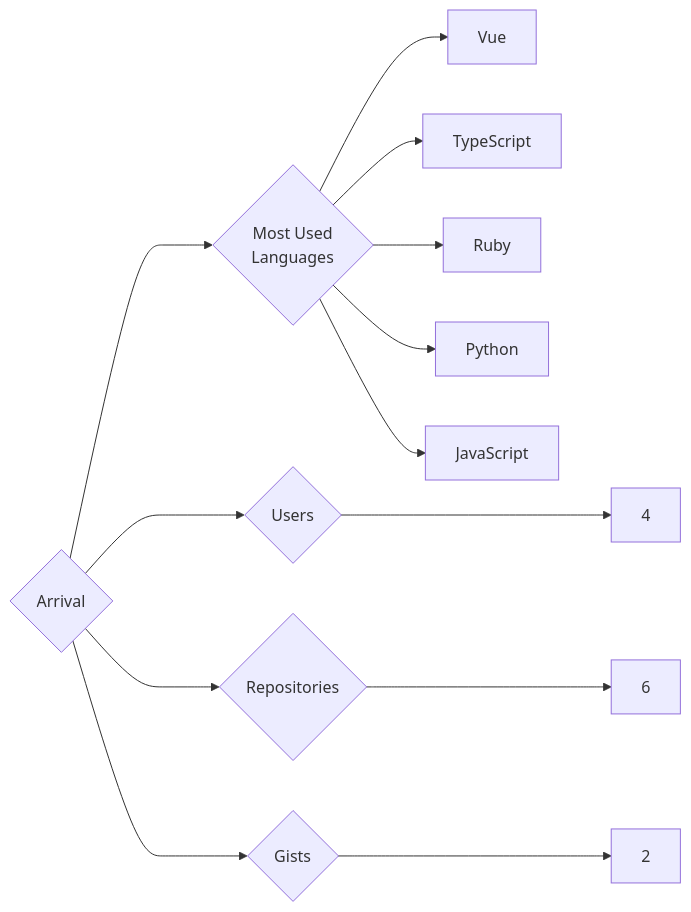
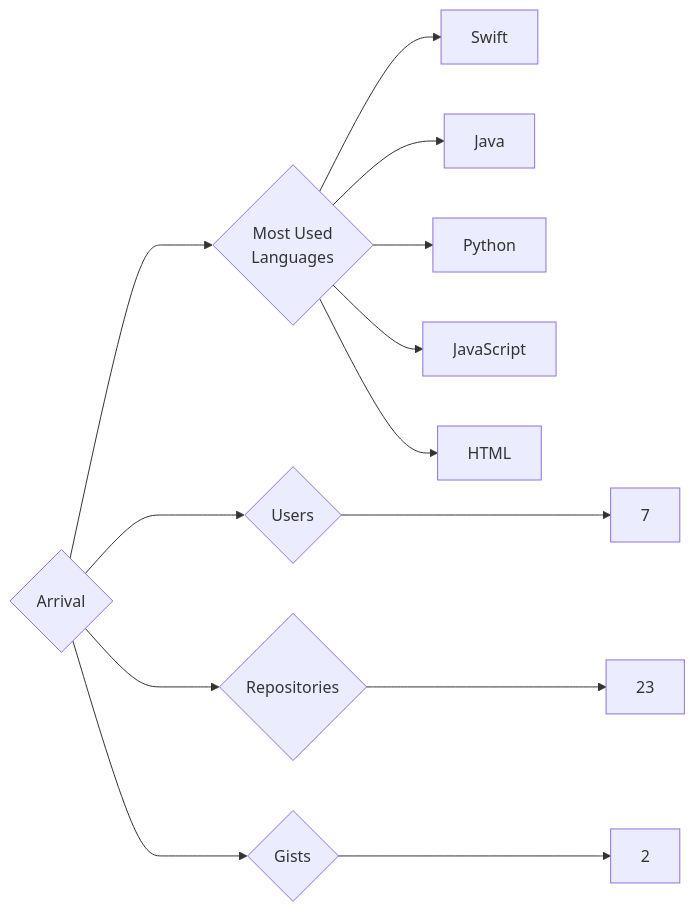
The diagram in targets/Arrival/README.md (trickest/insiders), drawn with Mermaid before and after one commit. The commit also changed 1088 other files, not shown here.

````diff
--- a/targets/Arrival/README.md
+++ b/targets/Arrival/README.md
@@ -3,13 +3,13 @@
 ```mermaid
 graph LR
 COMPANY_NAME{Arrival}
-COMPANY_NAME ---> U{Users} ---> UN[4]
-COMPANY_NAME ---> R{Repositories} ---> RN[6]
+COMPANY_NAME ---> U{Users} ---> UN[7]
+COMPANY_NAME ---> R{Repositories} ---> RN[23]
 COMPANY_NAME ---> G{Gists} ---> GN[2]
 COMPANY_NAME ---> ML{Most Used<br>Languages}
-ML --> Vue[Vue]
-ML --> TypeScript[TypeScript]
-ML --> Ruby[Ruby]
+ML --> Swift[Swift]
+ML --> Java[Java]
 ML --> Python[Python]
 ML --> JavaScript[JavaScript]
+ML --> HTML[HTML]
 ```
````
